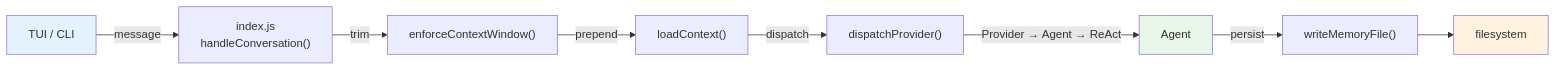
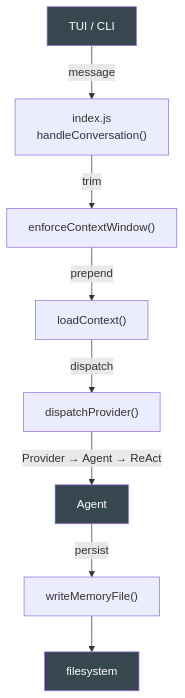
The sixth of 9 diagrams in docs/OVERVIEW.md (avoidwork/madz), drawn with Mermaid before and after one commit.

Commit message:
docs: make Key Data Flows charts vertical with standardized backgrounds

````diff
--- a/docs/OVERVIEW.md
+++ b/docs/OVERVIEW.md
@@ -457,14 +457,14 @@
 ```mermaid
-flowchart LR
+flowchart TD
     UI["TUI / CLI"] -->|"message"| IC["index.js\nhandleConversation()"]
     IC -->|"trim"| CW["enforceContextWindow()"]
     CW -->|"prepend"| LC["loadContext()"]
     LC -->|"dispatch"| DP["dispatchProvider()"]
     DP -->|"Provider → Agent → ReAct"| AG["Agent"]
     AG -->|"persist"| WM["writeMemoryFile()"]
     WM --> FS["filesystem"]
 
-    style UI fill:#e3f2fd
-    style AG fill:#e8f5e9
-    style FS fill:#fff3e0
+    style UI fill:#37474f,color:#fff
+    style AG fill:#37474f,color:#fff
+    style FS fill:#37474f,color:#fff
 ```
````
